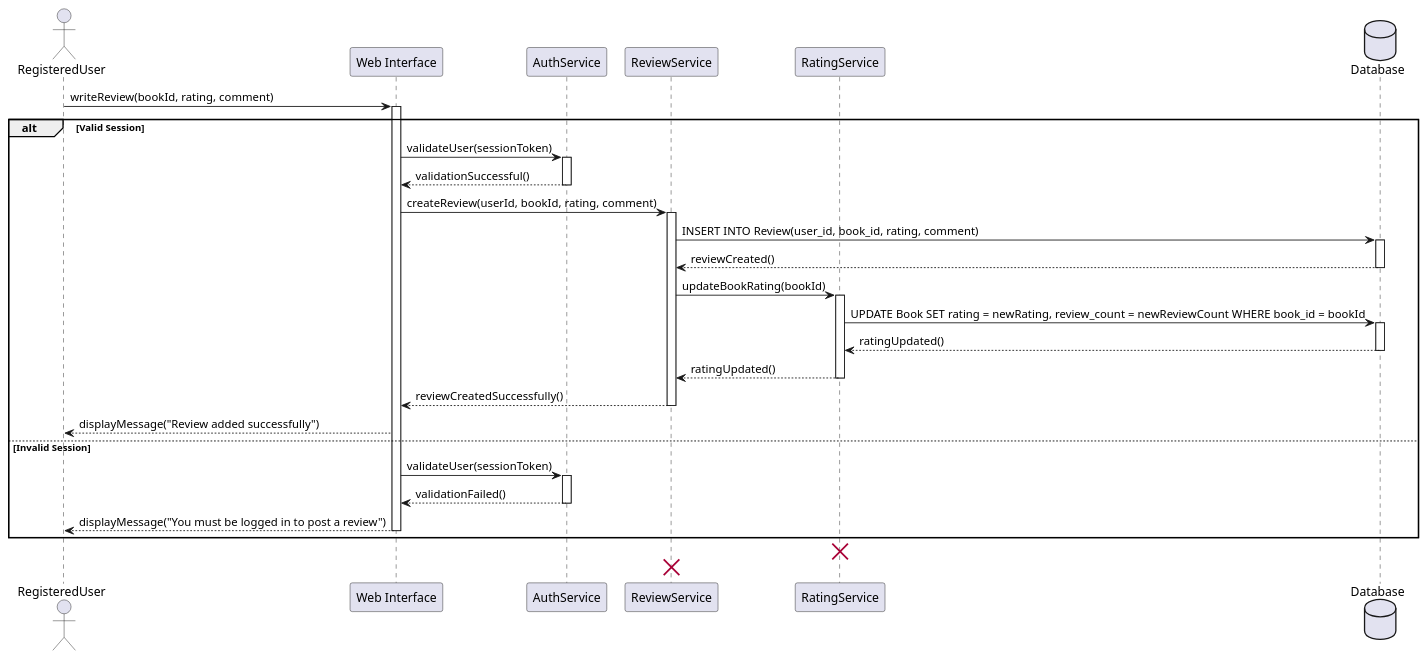
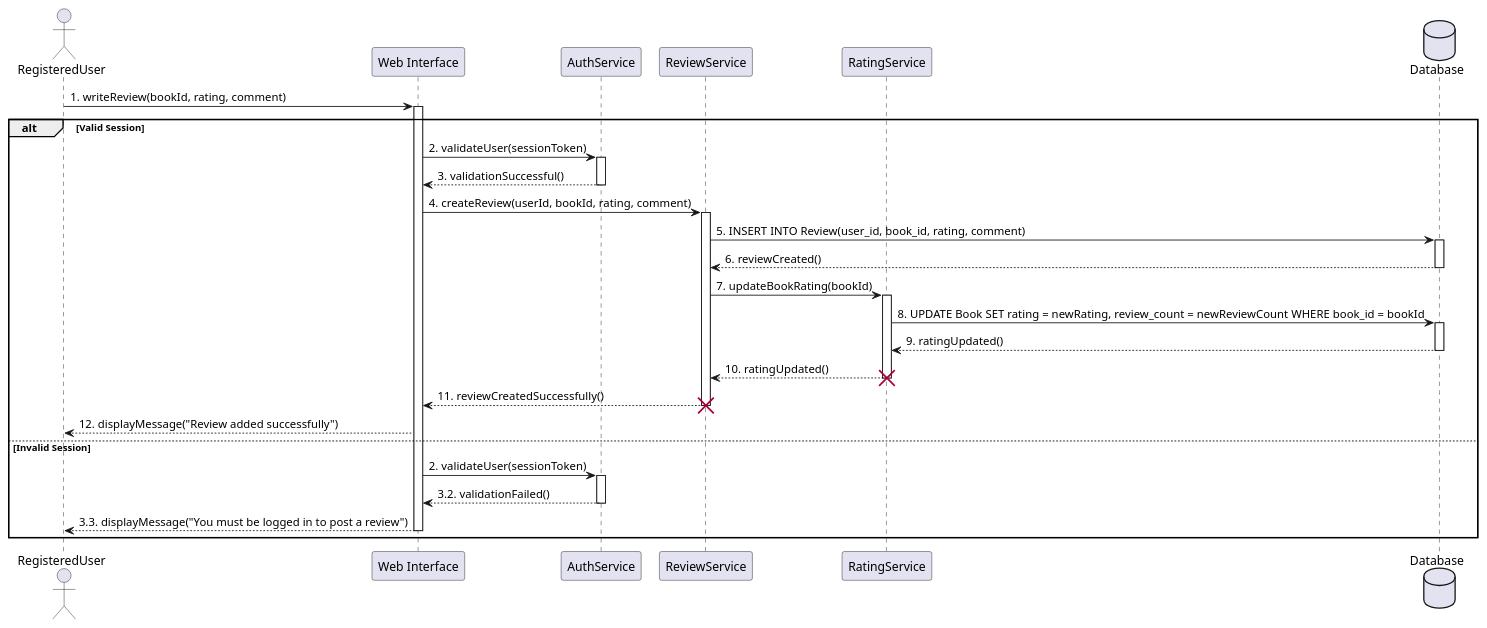
The diagram in lab3/src/sequence diagram.puml (FruitPug/components-of-software-engineering-labs), drawn with PlantUML before and after one commit. The commit also changed 1 other file, not shown here.

```diff
--- a/lab3/src/sequence diagram.puml
+++ b/lab3/src/sequence diagram.puml
@@ -1,52 +1,51 @@
 @startuml
 actor RegisteredUser as user
 participant "Web Interface" as ui
 participant "AuthService" as auth
 participant "ReviewService" as reviewSvc
 participant "RatingService" as ratingSvc
 database "Database" as db
 
-user -> ui : writeReview(bookId, rating, comment)
+user -> ui : 1. writeReview(bookId, rating, comment)
 activate ui
 
 alt Valid Session
-    ui -> auth : validateUser(sessionToken)
+    ui -> auth : 2. validateUser(sessionToken)
     activate auth
-    auth --> ui : validationSuccessful()
+    auth --> ui : 3. validationSuccessful()
     deactivate auth
 
-    ui -> reviewSvc : createReview(userId, bookId, rating, comment)
+    ui -> reviewSvc : 4. createReview(userId, bookId, rating, comment)
     activate reviewSvc
-    reviewSvc -> db : INSERT INTO Review(user_id, book_id, rating, comment)
+    reviewSvc -> db : 5. INSERT INTO Review(user_id, book_id, rating, comment)
     activate db
-    db --> reviewSvc : reviewCreated()
+    db --> reviewSvc : 6. reviewCreated()
     deactivate db
 
-    reviewSvc -> ratingSvc : updateBookRating(bookId)
+    reviewSvc -> ratingSvc : 7. updateBookRating(bookId)
     activate ratingSvc
 
-    ratingSvc -> db : UPDATE Book SET rating = newRating, review_count = newReviewCount WHERE book_id = bookId
+    ratingSvc -> db : 8. UPDATE Book SET rating = newRating, review_count = newReviewCount WHERE book_id = bookId
     activate db
-    db --> ratingSvc : ratingUpdated()
+    db --> ratingSvc : 9. ratingUpdated()
     deactivate db
 
-    ratingSvc --> reviewSvc : ratingUpdated()
+    ratingSvc --> reviewSvc : 10. ratingUpdated()
     deactivate ratingSvc
+    destroy ratingSvc
 
-    reviewSvc --> ui : reviewCreatedSuccessfully()
+    reviewSvc --> ui : 11. reviewCreatedSuccessfully()
     deactivate reviewSvc
+    destroy reviewSvc
 
-    ui --> user : displayMessage("Review added successfully")
+    ui --> user : 12. displayMessage("Review added successfully")
 else Invalid Session
-    ui -> auth : validateUser(sessionToken)
+    ui -> auth : 2. validateUser(sessionToken)
     activate auth
-    auth --> ui : validationFailed()
+    auth --> ui : 3.2. validationFailed()
     deactivate auth
-    ui --> user : displayMessage("You must be logged in to post a review")
+    ui --> user : 3.3. displayMessage("You must be logged in to post a review")
     deactivate ui
 end
 
-destroy ratingSvc
-destroy reviewSvc
-
 @enduml
```
